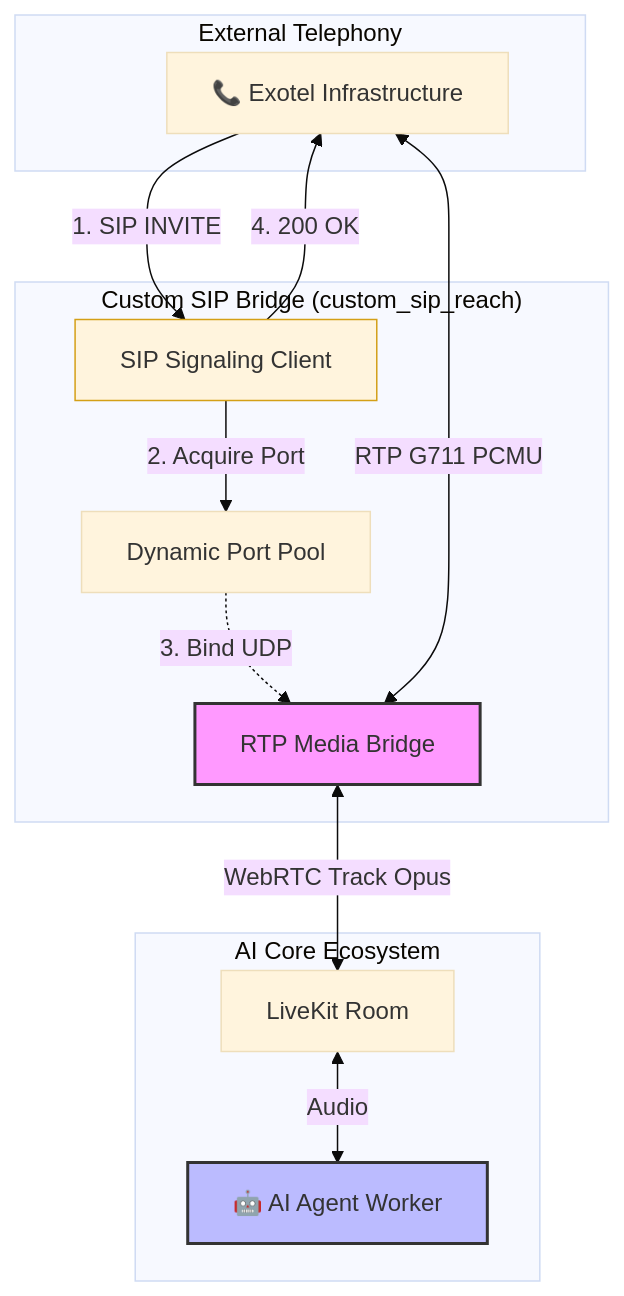
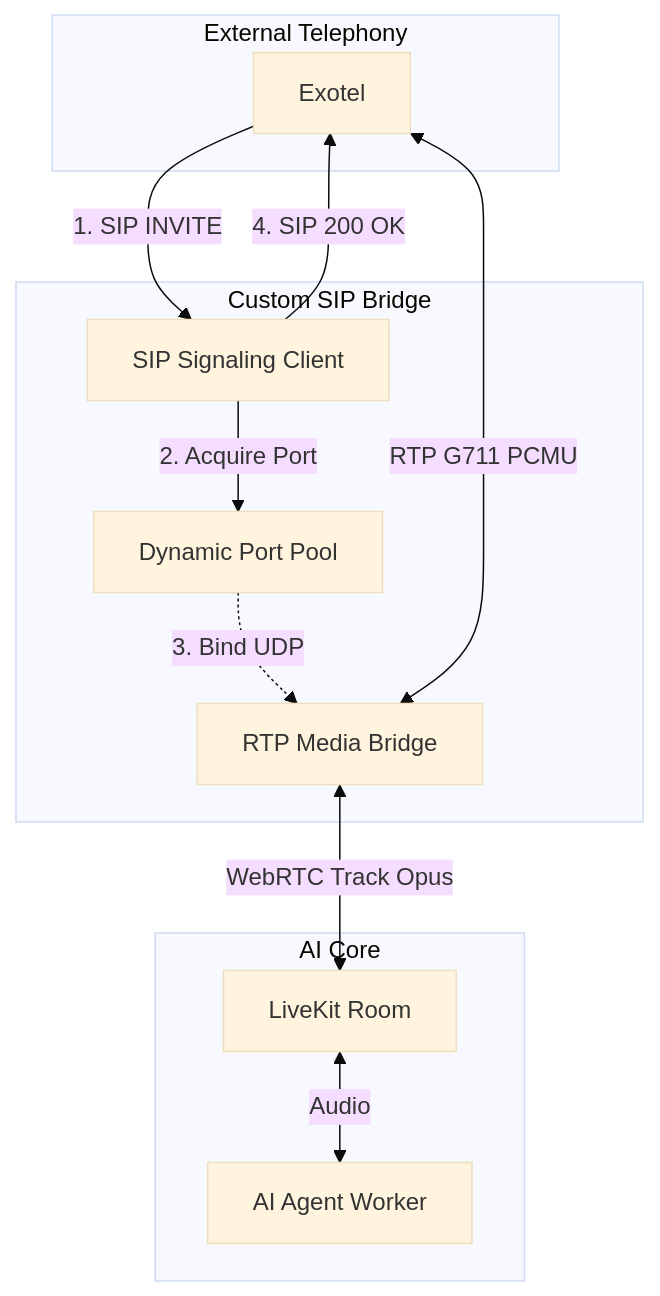
Before and after one commit to ShubhamX-AI/api_livekit: the third of 4 diagrams in docs/architecture.md, drawn with Mermaid (base theme). The commit also changed other lines of this file and 18 other files, not shown here.

````diff
--- a/docs/architecture.md
+++ b/docs/architecture.md
@@ -80,34 +66,26 @@
 ```mermaid
 graph TD
-    subgraph "External Telephony"
-        Exo[📞 Exotel Infrastructure]
+    subgraph External Telephony
+        Exo[Exotel]
     end
 
-    subgraph "Custom SIP Bridge (custom_sip_reach)"
+    subgraph Custom SIP Bridge
         SIP[SIP Signaling Client]
         RTP[RTP Media Bridge]
         Port[Dynamic Port Pool]
     end
 
-    subgraph "AI Core Ecosystem"
+    subgraph AI Core
         LKR[LiveKit Room]
-        Agent[🤖 AI Agent Worker]
+        Agent[AI Agent Worker]
     end
 
-    %% Connection Logic
     Exo -->|1. SIP INVITE| SIP
     SIP -->|2. Acquire Port| Port
     Port -.->|3. Bind UDP| RTP
-    SIP -->|4. 200 OK| Exo
+    SIP -->|4. SIP 200 OK| Exo
 
-    %% Media Path
     Exo <-->|RTP G711 PCMU| RTP
     RTP <-->|WebRTC Track Opus| LKR
     LKR <-->|Audio| Agent
-
-    %% Styling
-    style RTP fill:#f9f,stroke:#333,stroke-width:2px
-    style Agent fill:#bbf,stroke:#333,stroke-width:2px
-    style SIP fill:#fff4dd,stroke:#d4a017
-
 ```
````
